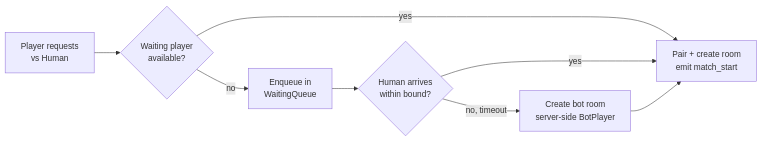
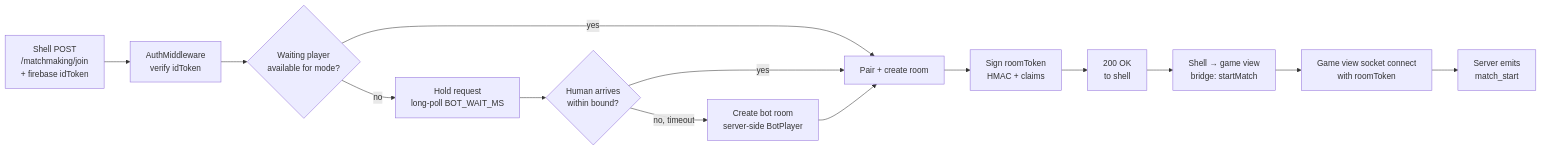
The seventh of 9 diagrams in specification/system-design.md (BuiHoangTu/match3-competitive-fe), drawn with Mermaid before and after one commit. The commit also changed other lines of this file and 2 other files, not shown here.

````diff
--- a/specification/system-design.md
+++ b/specification/system-design.md
@@ -309,10 +349,16 @@
 ```mermaid
 flowchart LR
-    In[Player requests<br/>vs Human] --> Q{Waiting player<br/>available?}
-    Q -- yes --> Pair[Pair + create room<br/>emit match_start]
-    Q -- no --> Wait[Enqueue in<br/>WaitingQueue]
+    In[Shell POST<br/>/matchmaking/join<br/>+ firebase idToken] --> Verify[AuthMiddleware<br/>verify idToken]
+    Verify --> Q{Waiting player<br/>available for mode?}
+    Q -- yes --> Pair[Pair + create room]
+    Q -- no --> Wait[Hold request<br/>long-poll BOT_WAIT_MS]
     Wait --> T{Human arrives<br/>within bound?}
     T -- yes --> Pair
     T -- no, timeout --> BotRoom[Create bot room<br/>server-side BotPlayer]
     BotRoom --> Pair
+    Pair --> Sign[Sign roomToken<br/>HMAC + claims]
+    Sign --> Resp[200 OK<br/>to shell]
+    Resp --> Bridge[Shell → game view<br/>bridge: startMatch]
+    Bridge --> Sock[Game view socket connect<br/>with roomToken]
+    Sock --> Start[Server emits<br/>match_start]
 ```
````
